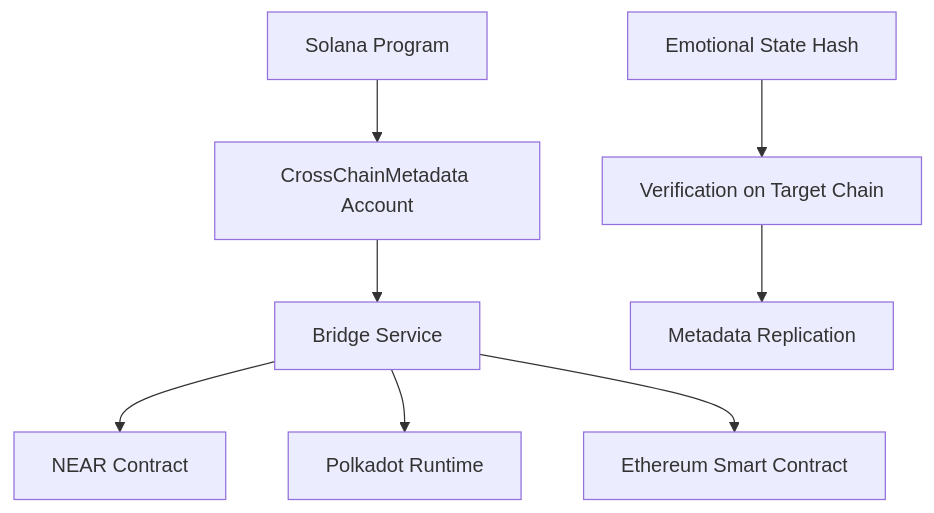
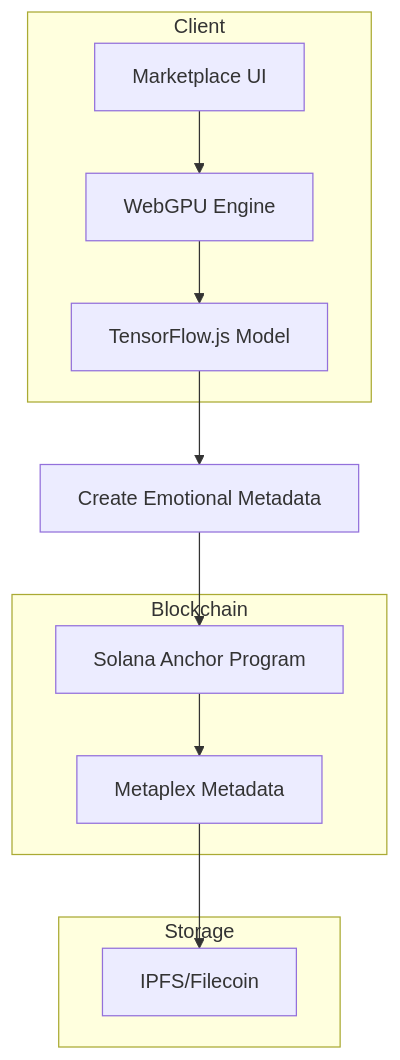
Before and after one commit to compiling-org/solana-emotional-metadata: the second of 2 diagrams in README.md, drawn with Mermaid. The commit also changed other lines of this file, not shown here.

````diff
--- a/README.md
+++ b/README.md
@@ -202,11 +96,21 @@
 ```mermaid
-graph TD
-    A[Solana Program] --> B[CrossChainMetadata Account]
-    B --> C[Bridge Service]
-    C --> D[NEAR Contract]
-    C --> E[Polkadot Runtime]
-    C --> F[Ethereum Smart Contract]
-    
-    G[Emotional State Hash] --> H[Verification on Target Chain]
-    H --> I[Metadata Replication]
+graph TB
+    subgraph Client
+        UI[Marketplace UI]
+        GPU[WebGPU Engine]
+        MODEL[TensorFlow.js Model]
+    end
+    subgraph Blockchain
+        ANCHOR[Solana Anchor Program]
+        METAPLEX[Metaplex Metadata]
+    end
+    subgraph Storage
+        IPFS[IPFS/Filecoin]
+    end
+    UI --> GPU
+    GPU --> MODEL
+    MODEL --> METADATA[Create Emotional Metadata]
+    METADATA --> ANCHOR
+    ANCHOR --> METAPLEX
+    METAPLEX --> IPFS
 ```
````
